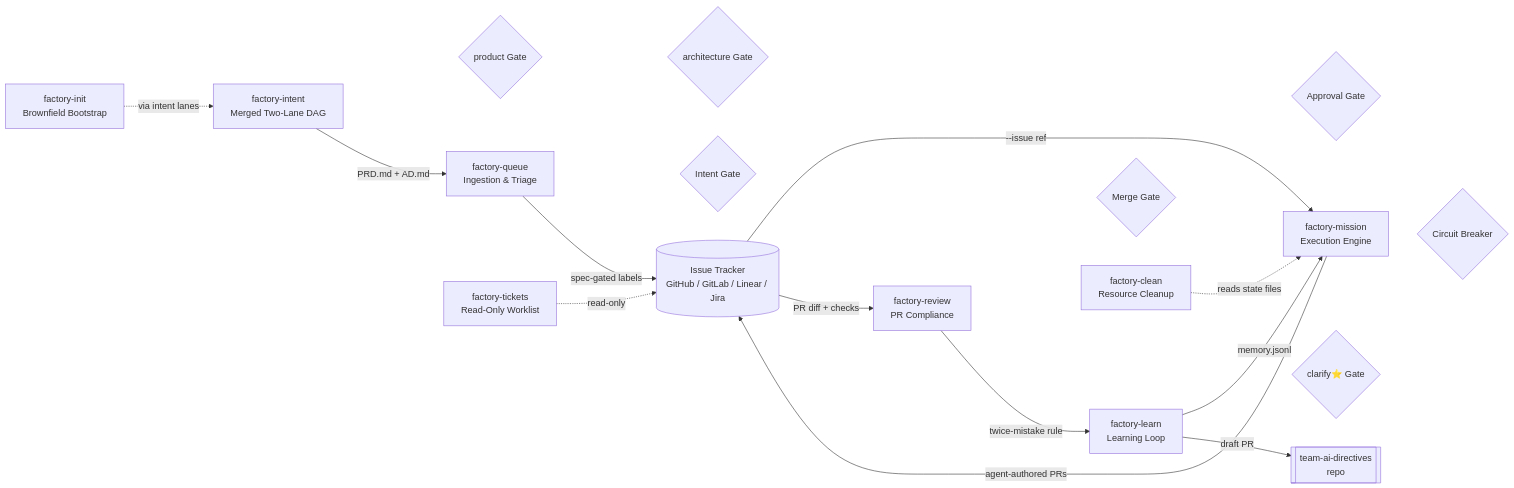
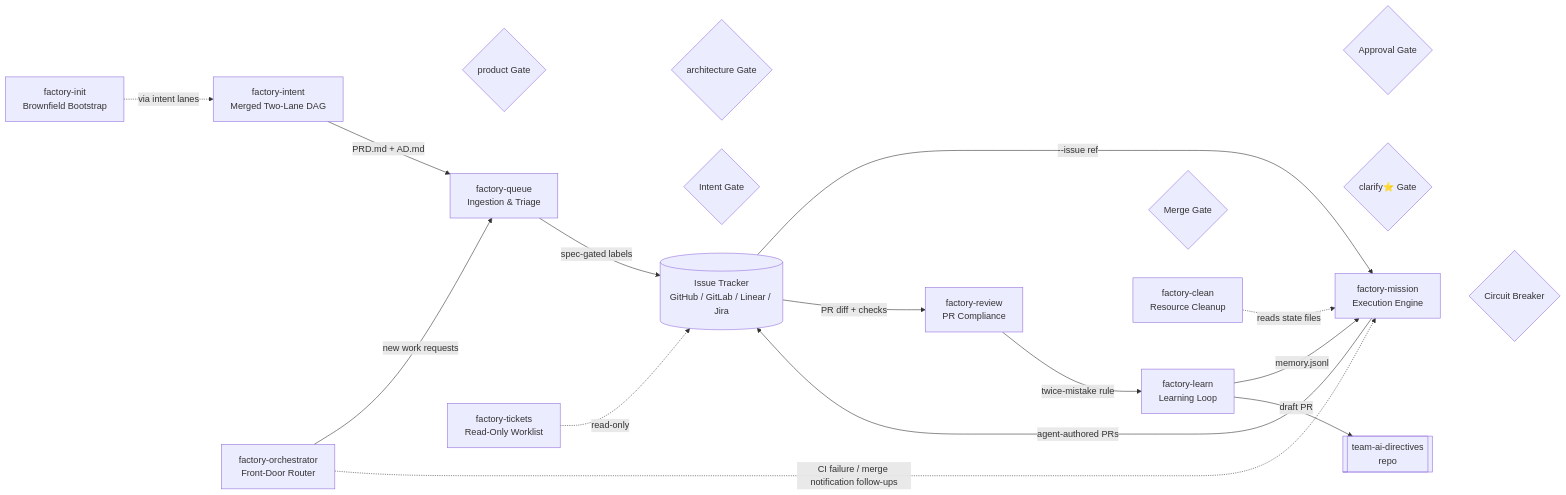
One commit to tikalk/adlc-team-skills changed the diagram in README.md. Above: the diagram before and after it, drawn with Mermaid. The commit also changed other lines of this file and 6 other files, not shown here.

````diff
--- a/README.md
+++ b/README.md
@@ -287,26 +293,29 @@
 ```mermaid
 flowchart LR
     FQ["factory-queue<br/>Ingestion & Triage"] ~~~ IG{"Intent Gate"}
     FI2["factory-intent<br/>Merged Two-Lane DAG"] ~~~ CG1{"product Gate"} & CG1 ~~~ CG2{"architecture Gate"}
     FM["factory-mission<br/>Execution Engine"] ~~~ CB{"Circuit Breaker"}
     FR["factory-review<br/>PR Compliance"] ~~~ MG{"Merge Gate"}
     FL["factory-learn<br/>Learning Loop"] ~~~ CG3{"clarify⭐ Gate"}
     FC["factory-clean<br/>Resource Cleanup"] ~~~ UG{"Approval Gate"}
     FT["factory-tickets<br/>Read-Only Worklist"]
+    FO["factory-orchestrator<br/>Front-Door Router"]
     FI["factory-init<br/>Brownfield Bootstrap"]
 
     TR[("Issue Tracker<br/>GitHub / GitLab / Linear / Jira")]
     TD[["team-ai-directives<br/>repo"]]
 
     FQ -->|"spec-gated labels"| TR
     TR -->|"--issue ref"| FM
     FI2 -->|"PRD.md + AD.md"| FQ
     FM -->|"agent-authored PRs"| TR
     TR -->|"PR diff + checks"| FR
     FR -->|"twice-mistake rule"| FL
     FL -->|"memory.jsonl"| FM
     FL -->|"draft PR"| TD
     FC -.->|"reads state files"| FM
+    FO -->|"new work requests"| FQ
+    FO -.->|"CI failure / merge notification follow-ups"| FM
     FT -.->|"read-only"| TR
     FI -.->|"via intent lanes"| FI2
 ```
````
